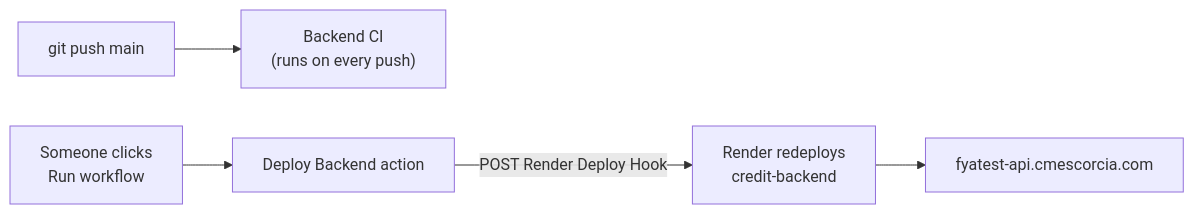
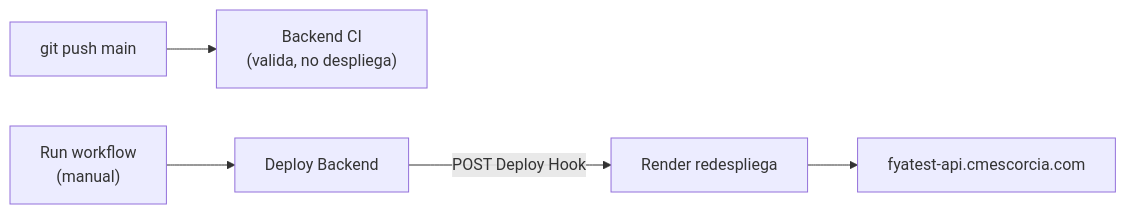
The fourth of 4 diagrams in README.md (CarlosPolo019/credit-backend), drawn with Mermaid before and after one commit. The commit also changed other lines of this file and 1 other file, not shown here.

````diff
--- a/README.md
+++ b/README.md
@@ -193,7 +194,7 @@
 ```mermaid
 flowchart LR
-  dev["git push main"] --> ci["Backend CI<br/>(runs on every push)"]
-  operator["Someone clicks<br/>Run workflow"] --> deploy["Deploy Backend action"]
-  deploy -->|POST Render Deploy Hook| render["Render redeploys<br/>credit-backend"]
+  dev["git push main"] --> ci["Backend CI<br/>(valida, no despliega)"]
+  operator["Run workflow<br/>(manual)"] --> deploy["Deploy Backend"]
+  deploy -->|POST Deploy Hook| render["Render redespliega"]
   render --> prod["fyatest-api.cmescorcia.com"]
 ```
````
